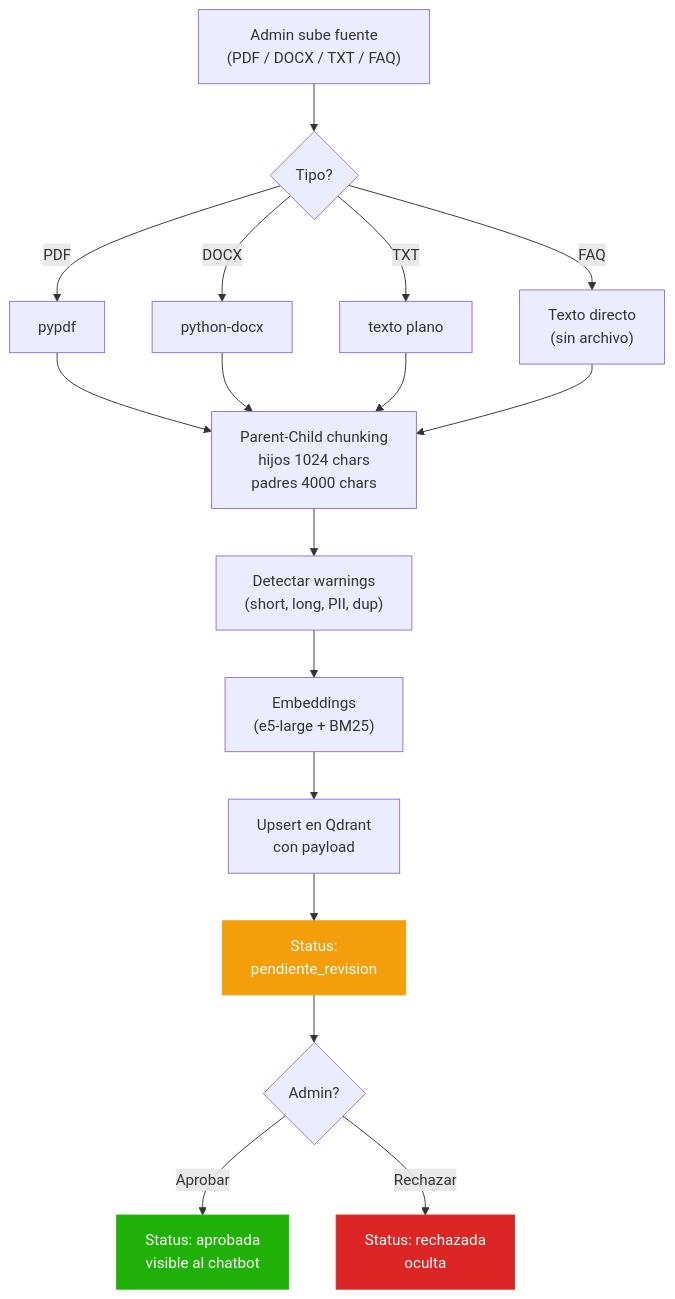
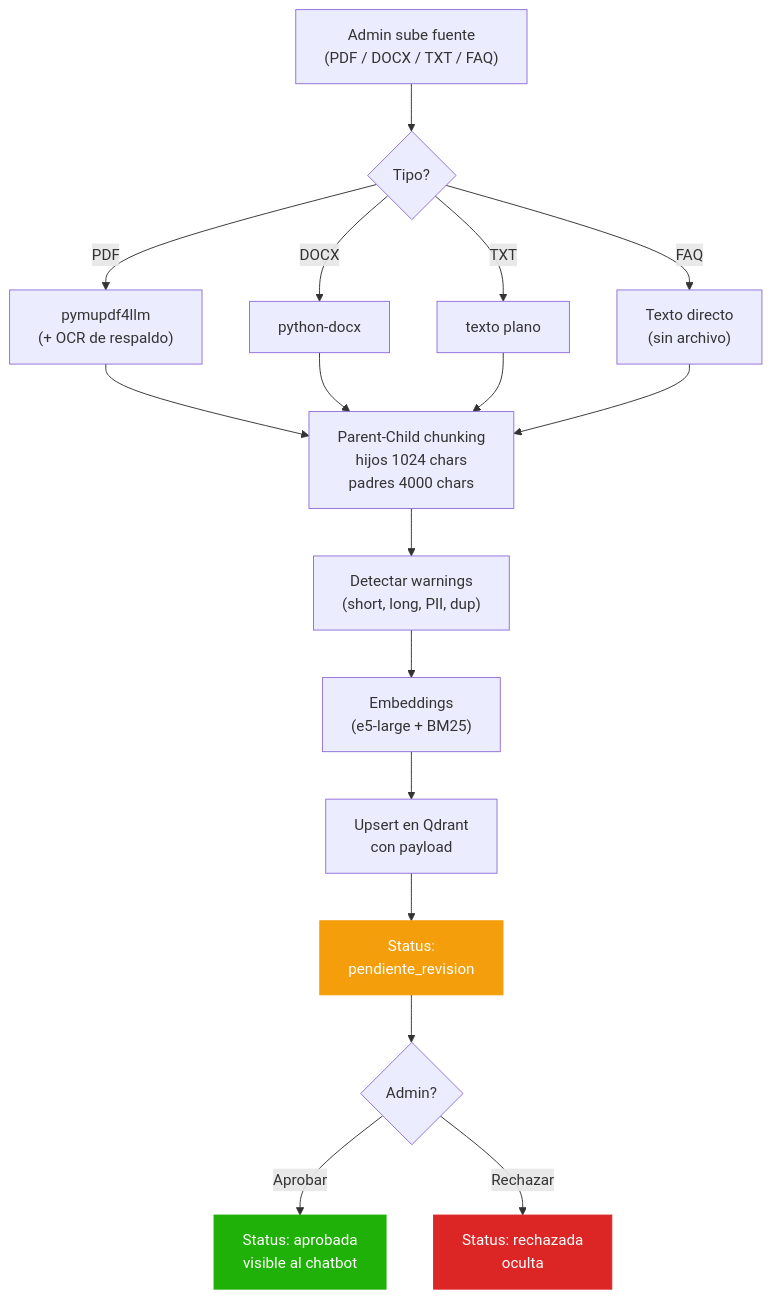
One commit to AdoDeveloper/chatbot-uso changed the fourth of 6 diagrams in docs/ARCHITECTURE.md. Above: the diagram before and after it, drawn with Mermaid. The commit also changed other lines of this file and 3 other files, not shown here.

````diff
--- a/docs/ARCHITECTURE.md
+++ b/docs/ARCHITECTURE.md
@@ -178,34 +178,34 @@
 ```mermaid
 flowchart TB
     upload["Admin sube fuente<br/>(PDF / DOCX / TXT / FAQ)"]
     detect{"Tipo?"}
 
     upload --> detect
-    detect -->|PDF| ext_pdf["pypdf"]
+    detect -->|PDF| ext_pdf["pymupdf4llm<br/>(+ OCR de respaldo)"]
     detect -->|DOCX| ext_docx["python-docx"]
     detect -->|TXT| ext_txt["texto plano"]
     detect -->|FAQ| faq["Texto directo<br/>(sin archivo)"]
 
     ext_pdf --> chunk
     ext_docx --> chunk
     ext_txt --> chunk
     faq --> chunk
 
     chunk["Parent-Child chunking<br/>hijos 1024 chars<br/>padres 4000 chars"]
 
     chunk --> warn["Detectar warnings<br/>(short, long, PII, dup)"]
     warn --> embed["Embeddings<br/>(e5-large + BM25)"]
     embed --> upsert["Upsert en Qdrant<br/>con payload"]
     upsert --> review["Status:<br/>pendiente_revision"]
     review --> admin{"Admin?"}
     admin -->|Aprobar| ready["Status: aprobada<br/>visible al chatbot"]
     admin -->|Rechazar| rejected["Status: rechazada<br/>oculta"]
 
     classDef approved fill:#1FB107,stroke:#1FB107,color:#fff
     classDef rejected fill:#dc2626,stroke:#dc2626,color:#fff
     classDef pending fill:#f59e0b,stroke:#f59e0b,color:#fff
 
     class ready approved
     class rejected rejected
     class review pending
 ```
````
